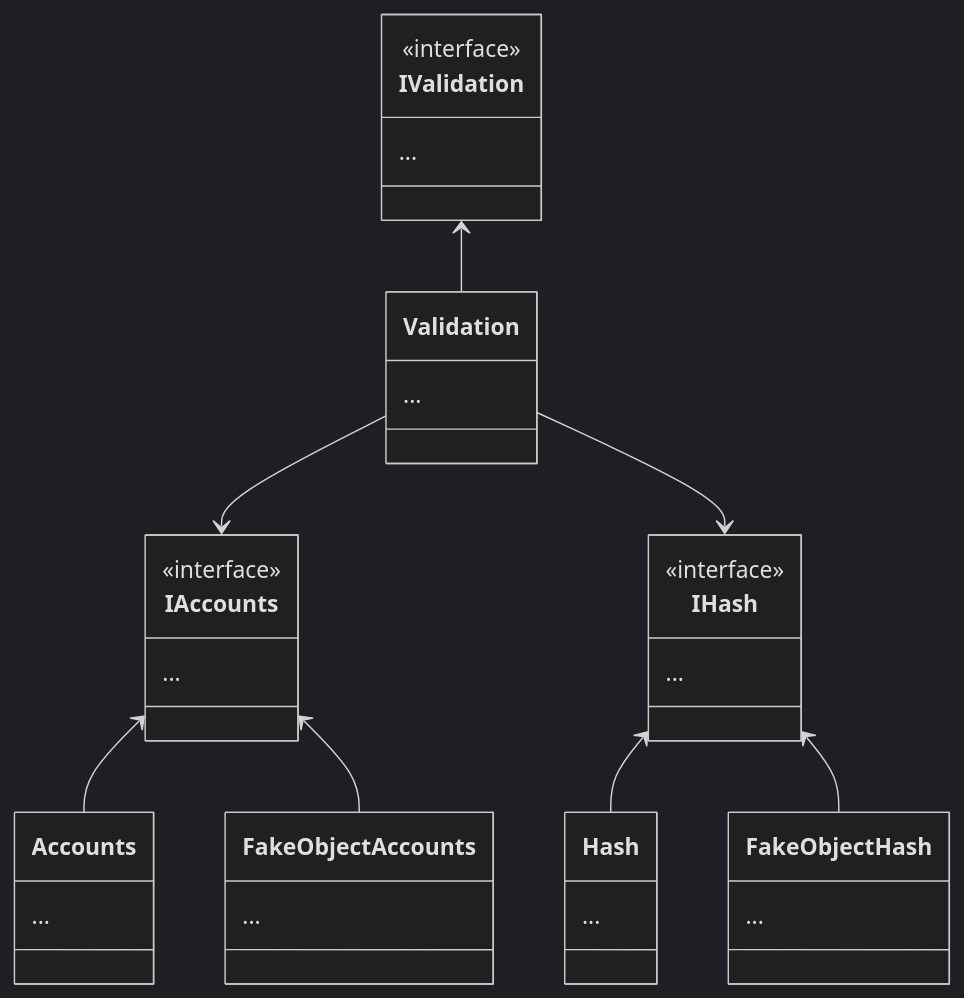
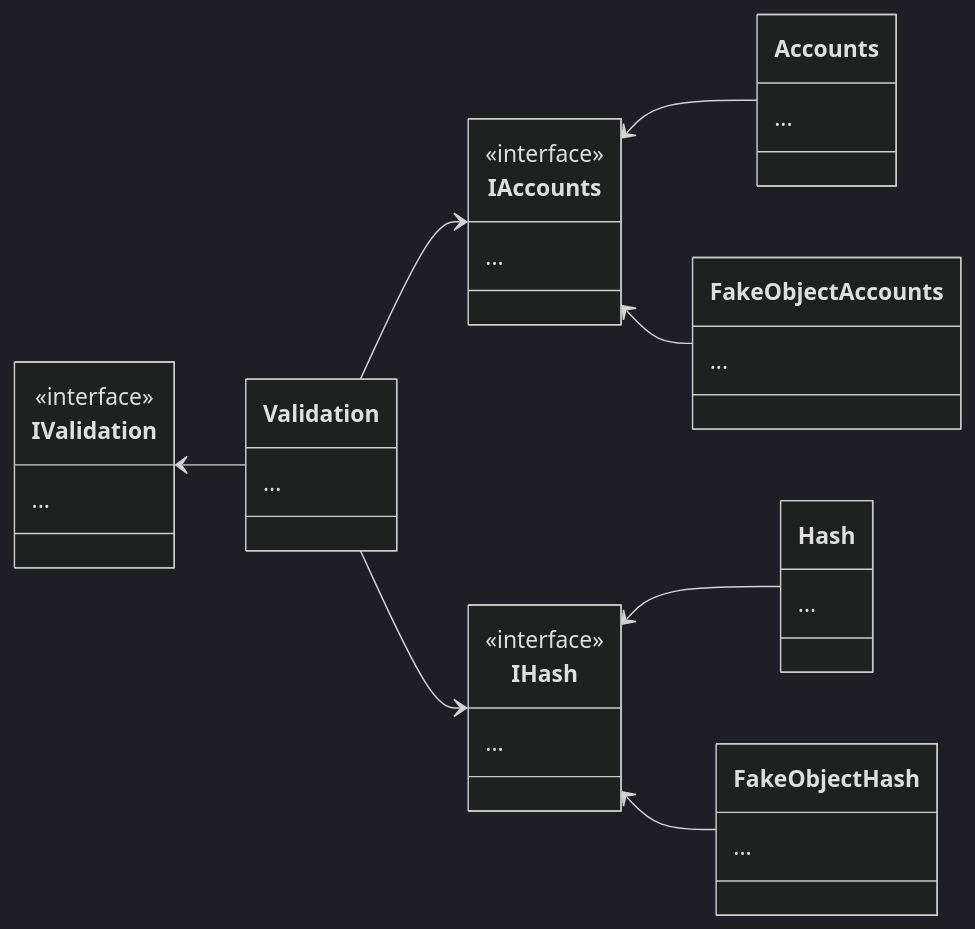
Before and after one commit to SiegeSailor/vault-personal: the third of 3 diagrams in master-notes/NOTE/docs/test/unit-test/principles.md, drawn with Mermaid (dark theme). The commit also changed 4 other files, not shown here.

````diff
--- a/master-notes/NOTE/docs/test/unit-test/principles.md
+++ b/master-notes/NOTE/docs/test/unit-test/principles.md
@@ -250,38 +250,38 @@
 ```mermaid
 classDiagram
-  direction TB
+  direction LR
   class IValidation {
       <<interface>>
       ...
   }
   class Validation {
       ...
   }
   class IAccounts {
       <<interface>>
       ...
   }
   class IHash {
       <<interface>>
       ...
   }
   class Accounts {
       ...
   }
   class Hash {
       ...
   }
   class FakeObjectAccounts {
       ...
   }
   class FakeObjectHash {
       ...
   }
   IValidation <-- Validation
   Validation --> IAccounts
   Validation --> IHash
   IAccounts <-- Accounts
   IAccounts <-- FakeObjectAccounts
   IHash <-- Hash
   IHash <-- FakeObjectHash
 ```
````
